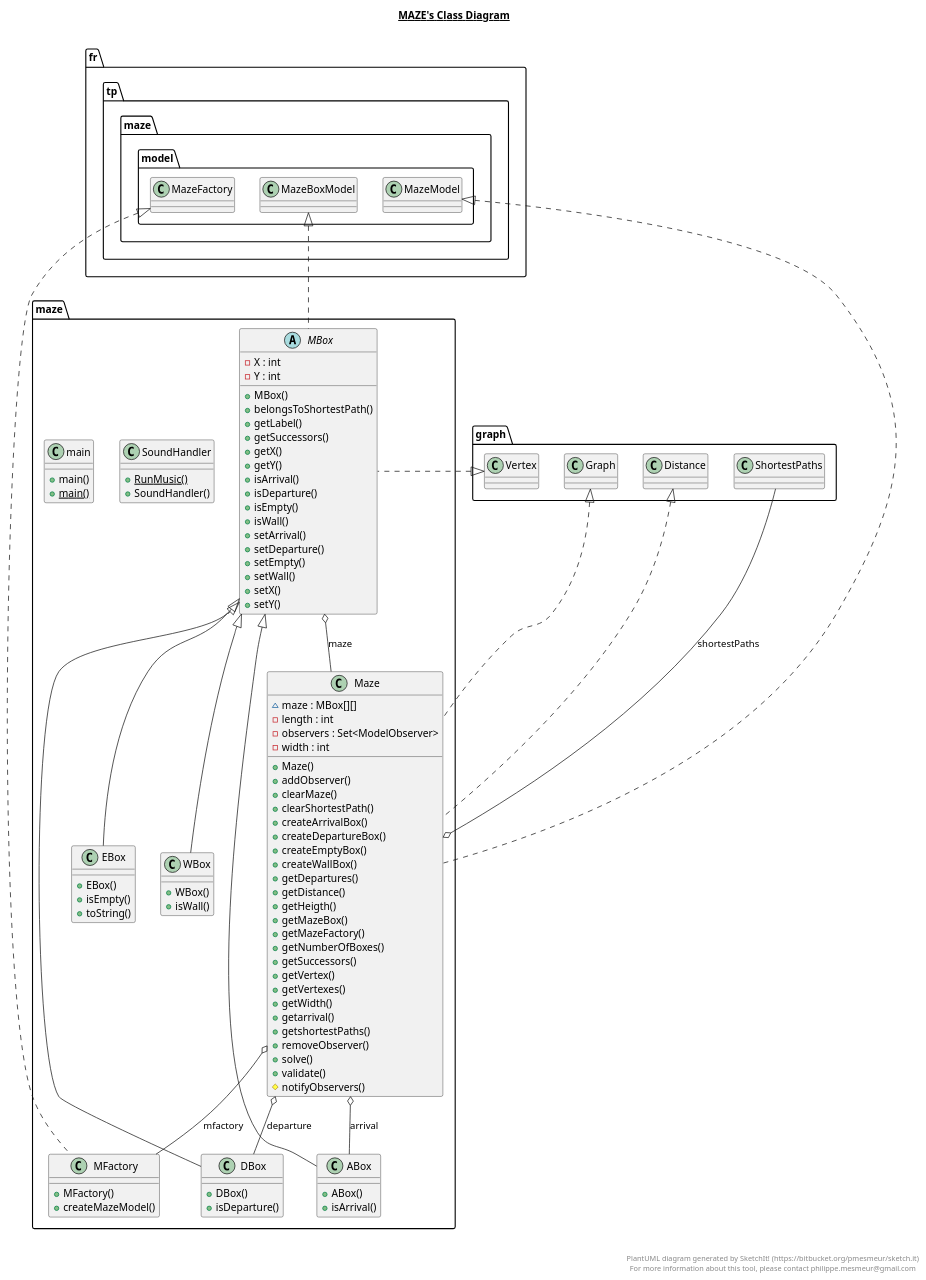
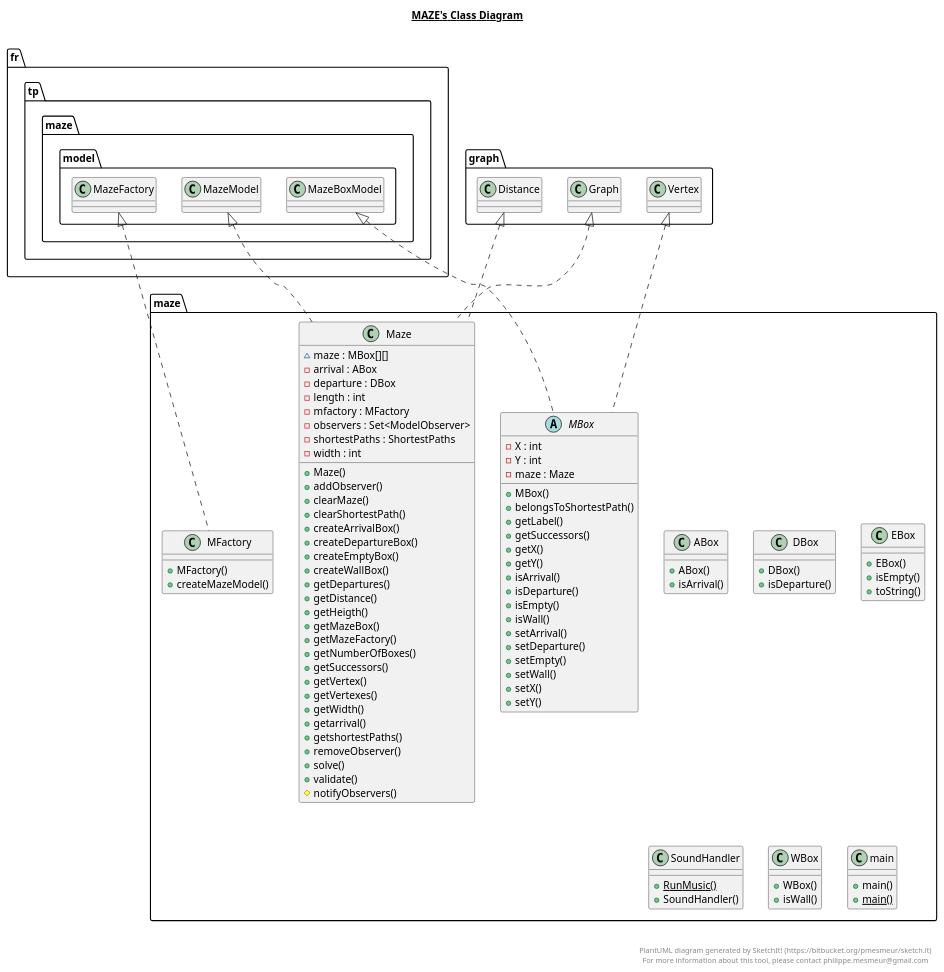
One commit to kali973/tp06MazuiDijkstra changed the diagram in bin/maze/maze.plantuml. Above: the diagram before and after it, drawn with PlantUML. The commit also changed 230 other files, not shown here.

```diff
--- a/bin/maze/maze.plantuml
+++ b/bin/maze/maze.plantuml
@@ -1,144 +1,140 @@
 @startuml
 
 title __MAZE's Class Diagram__\n
 
   namespace maze {
     class maze.ABox {
         + ABox()
         + isArrival()
     }
   }
   
 
   namespace maze {
     class maze.DBox {
         + DBox()
         + isDeparture()
     }
   }
   
 
   namespace maze {
     class maze.EBox {
         + EBox()
         + isEmpty()
         + toString()
     }
   }
   
 
   namespace maze {
     abstract class maze.MBox {
         - X : int
         - Y : int
+        - maze : Maze
         + MBox()
         + belongsToShortestPath()
         + getLabel()
         + getSuccessors()
         + getX()
         + getY()
         + isArrival()
         + isDeparture()
         + isEmpty()
         + isWall()
         + setArrival()
         + setDeparture()
         + setEmpty()
         + setWall()
         + setX()
         + setY()
     }
   }
   
 
   namespace maze {
     class maze.MFactory {
         + MFactory()
         + createMazeModel()
     }
   }
   
 
   namespace maze {
     class maze.Maze {
         ~ maze : MBox[][]
+        - arrival : ABox
+        - departure : DBox
         - length : int
+        - mfactory : MFactory
         - observers : Set<ModelObserver>
+        - shortestPaths : ShortestPaths
         - width : int
         + Maze()
         + addObserver()
         + clearMaze()
         + clearShortestPath()
         + createArrivalBox()
         + createDepartureBox()
         + createEmptyBox()
         + createWallBox()
         + getDepartures()
         + getDistance()
         + getHeigth()
         + getMazeBox()
         + getMazeFactory()
         + getNumberOfBoxes()
         + getSuccessors()
         + getVertex()
         + getVertexes()
         + getWidth()
         + getarrival()
         + getshortestPaths()
         + removeObserver()
         + solve()
         + validate()
         # notifyObservers()
     }
   }
   
 
   namespace maze {
     class maze.SoundHandler {
         {static} + RunMusic()
         + SoundHandler()
     }
   }
   
 
   namespace maze {
     class maze.WBox {
         + WBox()
         + isWall()
     }
   }
   
 
   namespace maze {
     class maze.main {
         + main()
         {static} + main()
     }
   }
   
 
-  maze.ABox -up-|> maze.MBox
-  maze.DBox -up-|> maze.MBox
-  maze.EBox -up-|> maze.MBox
   maze.MBox .up.|> fr.tp.maze.model.MazeBoxModel
   maze.MBox .up.|> graph.Vertex
-  maze.MBox o-- maze.Maze : maze
   maze.MFactory .up.|> fr.tp.maze.model.MazeFactory
   maze.Maze .up.|> fr.tp.maze.model.MazeModel
   maze.Maze .up.|> graph.Distance
   maze.Maze .up.|> graph.Graph
-  maze.Maze o-- maze.ABox : arrival
-  maze.Maze o-- maze.DBox : departure
-  maze.Maze o-- maze.MFactory : mfactory
-  maze.Maze o-- graph.ShortestPaths : shortestPaths
-  maze.WBox -up-|> maze.MBox
 
 
 right footer
 
 
 PlantUML diagram generated by SketchIt! (https://bitbucket.org/pmesmeur/sketch.it)
 For more information about this tool, please contact philippe.mesmeur@gmail.com
 endfooter
 
 @enduml
```
